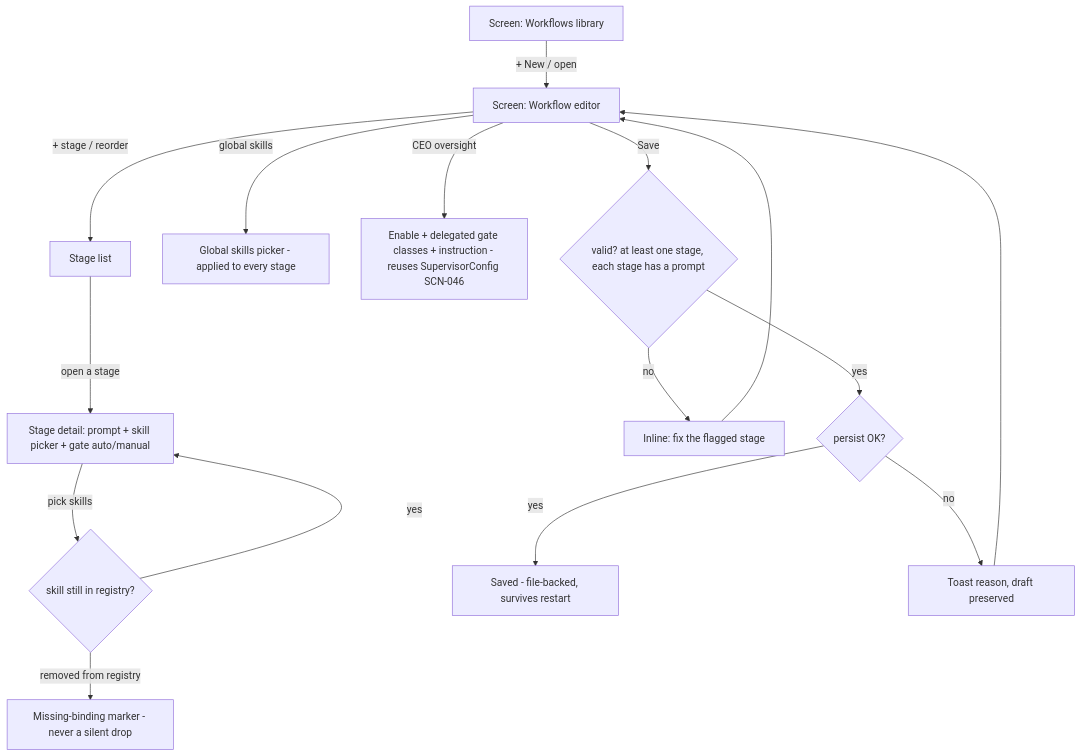
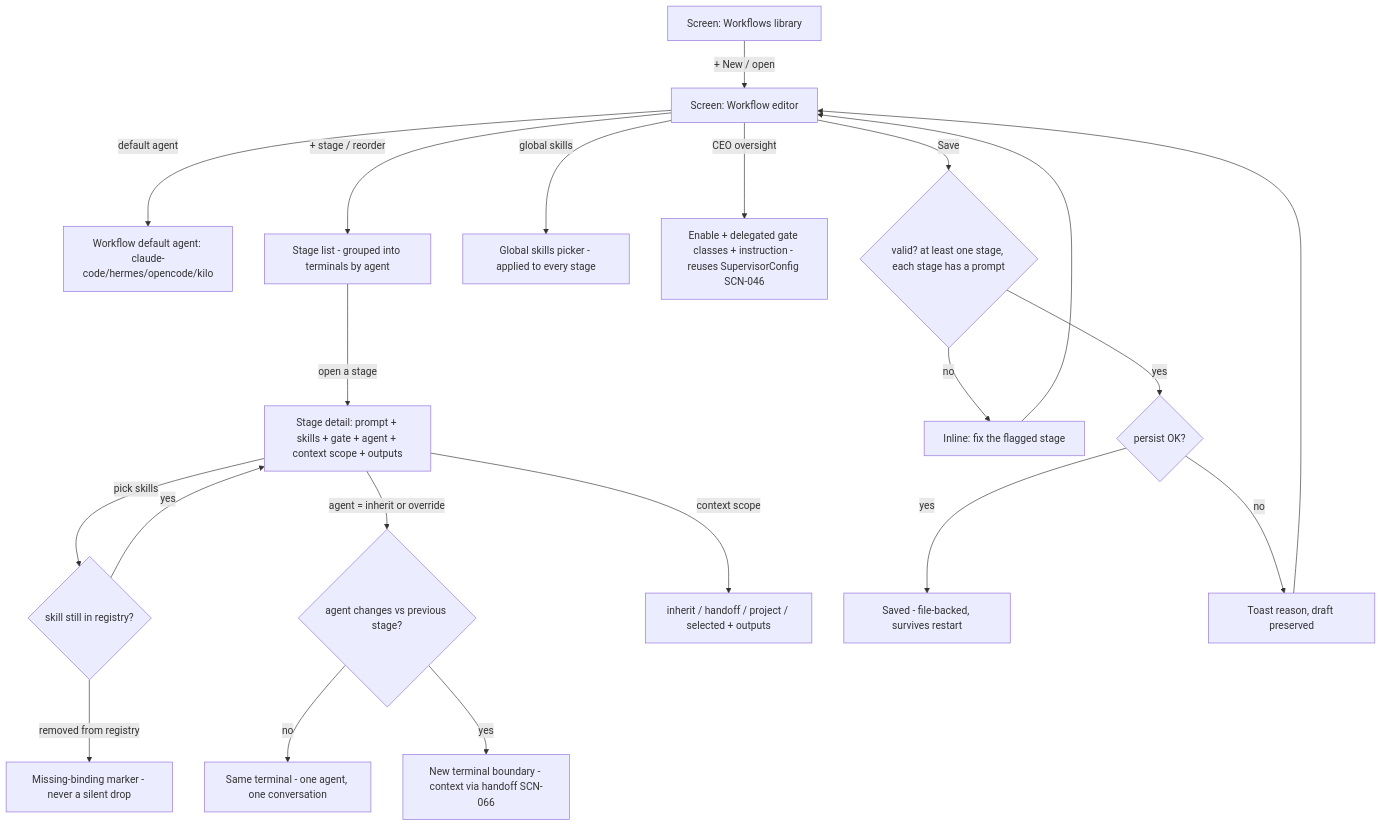
Diagram 23 of 28 in docs/ux/flows.md (ssheleg/builder-pro-ai), drawn with Mermaid before and after one commit. The commit also changed other lines of this file and 4 other files, not shown here.

````diff
--- a/docs/ux/flows.md
+++ b/docs/ux/flows.md
@@ -536,16 +536,21 @@
 ```mermaid
 flowchart TD
   L[Screen: Workflows library] -->|+ New / open| E[Screen: Workflow editor]
-  E -->|+ stage / reorder| ST[Stage list]
-  ST -->|open a stage| SD[Stage detail: prompt + skill picker + gate auto/manual]
+  E -->|default agent| DA[Workflow default agent: claude-code/hermes/opencode/kilo]
+  E -->|+ stage / reorder| ST[Stage list - grouped into terminals by agent]
+  ST -->|open a stage| SD[Stage detail: prompt + skills + gate + agent + context scope + outputs]
   SD -->|pick skills| SK{skill still in registry?}
   SK -->|yes| SD
   SK -->|removed from registry| SM[Missing-binding marker - never a silent drop]
+  SD -->|agent = inherit or override| TG{agent changes vs previous stage?}
+  TG -->|no| T1[Same terminal - one agent, one conversation]
+  TG -->|yes| T2[New terminal boundary - context via handoff SCN-066]
+  SD -->|context scope| CS[inherit / handoff / project / selected + outputs]
   E -->|global skills| G[Global skills picker - applied to every stage]
   E -->|CEO oversight| CEO[Enable + delegated gate classes + instruction - reuses SupervisorConfig SCN-046]
   E -->|Save| V{valid? at least one stage, each stage has a prompt}
   V -->|no| V_err[Inline: fix the flagged stage] --> E
   V -->|yes| P{persist OK?}
   P -->|yes| SAVED[Saved - file-backed, survives restart]
   P -->|no| P_err[Toast reason, draft preserved] --> E
 ```
````
